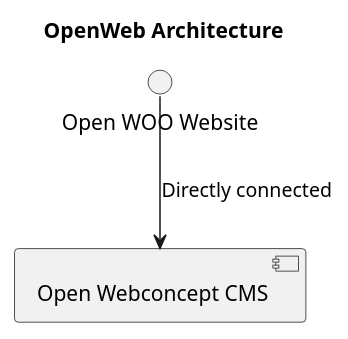
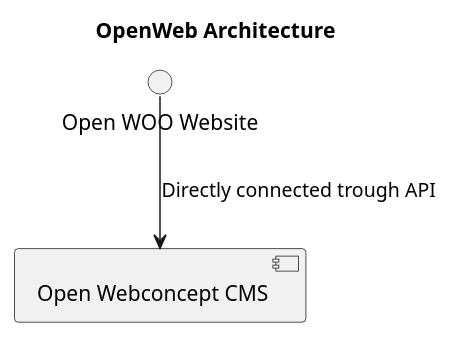
One commit to ConductionNL/woo-website-template changed the diagram in docs/openweb.puml. Above: the diagram before and after it, drawn with PlantUML. The commit also changed 2 other files, not shown here.

Commit message:
Added api docs

```diff
--- a/docs/openweb.puml
+++ b/docs/openweb.puml
@@ -1,14 +1,14 @@
 @startuml
 title OpenWeb Architecture
 
 ' User Interface Component
 interface "Open WOO Website" as Website
 
 ' Backend Components
 component "Open Webconcept CMS" as CMS
 
 ' Relationships
-Website -down-> CMS : Directly connected
+Website -down-> CMS : Directly connected trough API
 
 
 @enduml
```
